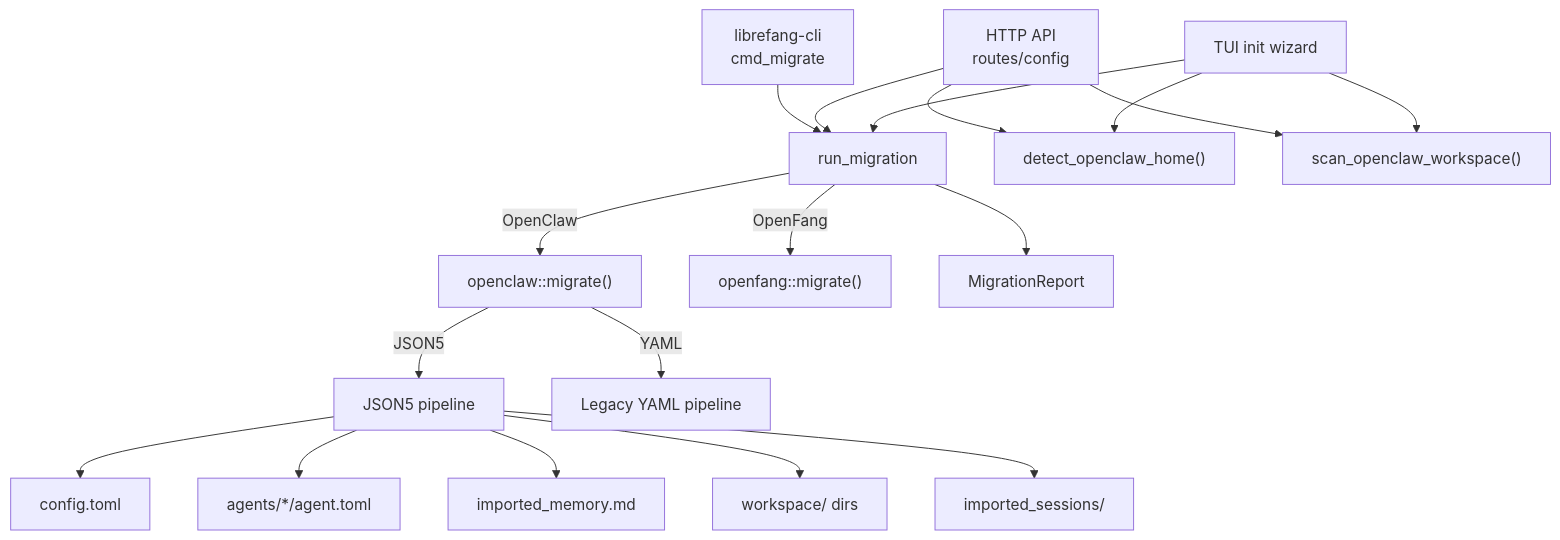
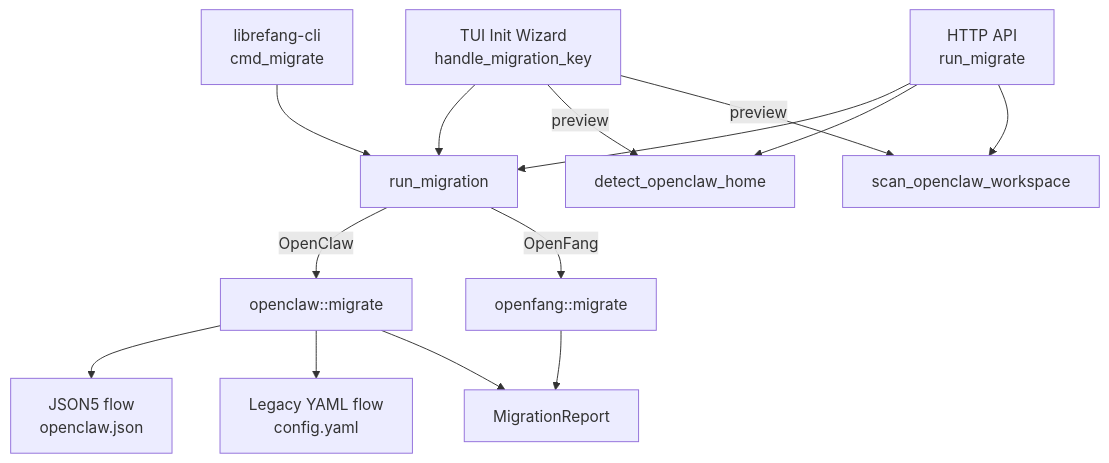
Before and after one commit to leszek3737/librefang-WIki: the diagram in shared-infrastructure-librefang-migrate-src.md, drawn with Mermaid. The commit also changed other lines of this file and 98 other files, not shown here.

````diff
--- a/shared-infrastructure-librefang-migrate-src.md
+++ b/shared-infrastructure-librefang-migrate-src.md
@@ -20,25 +15,24 @@
 ```mermaid
 graph TD
-    CLI["librefang-cli<br/>cmd_migrate"] --> run_migration
-    API["HTTP API<br/>routes/config"] --> run_migration
-    TUI["TUI init wizard"] --> run_migration
-    
-    API --> detect["detect_openclaw_home()"]
-    API --> scan["scan_openclaw_workspace()"]
-    TUI --> detect
-    TUI --> scan
-    
-    run_migration -->|OpenClaw| openclaw["openclaw::migrate()"]
-    run_migration -->|OpenFang| openfang["openfang::migrate()"]
-    
-    openclaw -->|JSON5| json5flow["JSON5 pipeline"]
-    openclaw -->|YAML| yamlflow["Legacy YAML pipeline"]
-    
-    json5flow --> cfg["config.toml"]
-    json5flow --> agents["agents/*/agent.toml"]
-    json5flow --> mem["imported_memory.md"]
-    json5flow --> ws["workspace/ dirs"]
-    json5flow --> sess["imported_sessions/"]
-    
-    run_migration --> report["MigrationReport"]
+    CLI["librefang-cli<br/>cmd_migrate"]
+    API["HTTP API<br/>run_migrate"]
+    TUI["TUI Init Wizard<br/>handle_migration_key"]
+
+    CLI --> run_migration
+    API --> run_migration
+    TUI --> run_migration
+
+    run_migration --> |OpenClaw| OC["openclaw::migrate"]
+    run_migration --> |OpenFang| OF["openfang::migrate"]
+
+    OC --> JSON5["JSON5 flow<br/>openclaw.json"]
+    OC --> YAML["Legacy YAML flow<br/>config.yaml"]
+
+    TUI --> |preview| detect["detect_openclaw_home"]
+    TUI --> |preview| scan["scan_openclaw_workspace"]
+    API --> detect
+    API --> scan
+
+    OC --> report["MigrationReport"]
+    OF --> report
 ```
````
